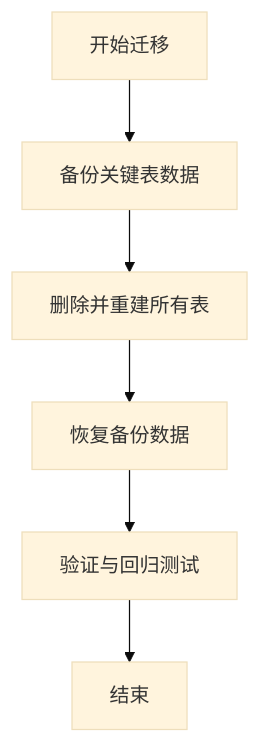
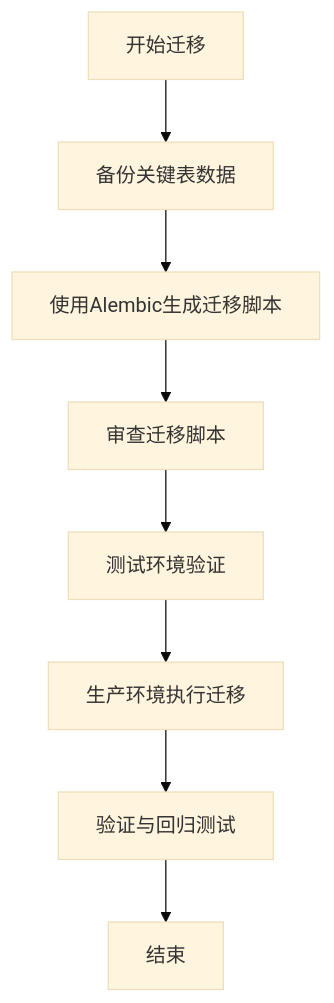
The ninth of 9 diagrams in .qoder/repowiki/zh/content/故障排除与维护/数据库维护.md (gujialind/InvestRing), drawn with Mermaid (base theme) before and after one commit. The commit also changed other lines of this file and 6 other files, not shown here.

````diff
--- a/.qoder/repowiki/zh/content/故障排除与维护/数据库维护.md
+++ b/.qoder/repowiki/zh/content/故障排除与维护/数据库维护.md
@@ -447,8 +408,10 @@
 ```mermaid
 flowchart TD
 A["开始迁移"] --> B["备份关键表数据"]
-B --> C["删除并重建所有表"]
-C --> D["恢复备份数据"]
-D --> E["验证与回归测试"]
-E --> F["结束"]
+B --> C["使用Alembic生成迁移脚本"]
+C --> D["审查迁移脚本"]
+D --> E["测试环境验证"]
+E --> F["生产环境执行迁移"]
+F --> G["验证与回归测试"]
+G --> H["结束"]
 ```
````
